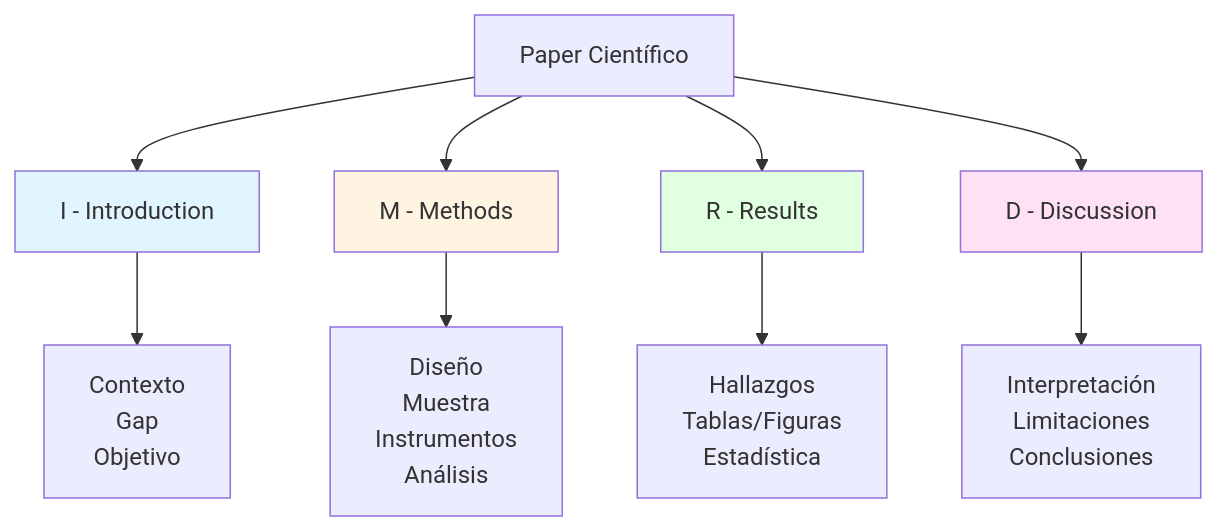
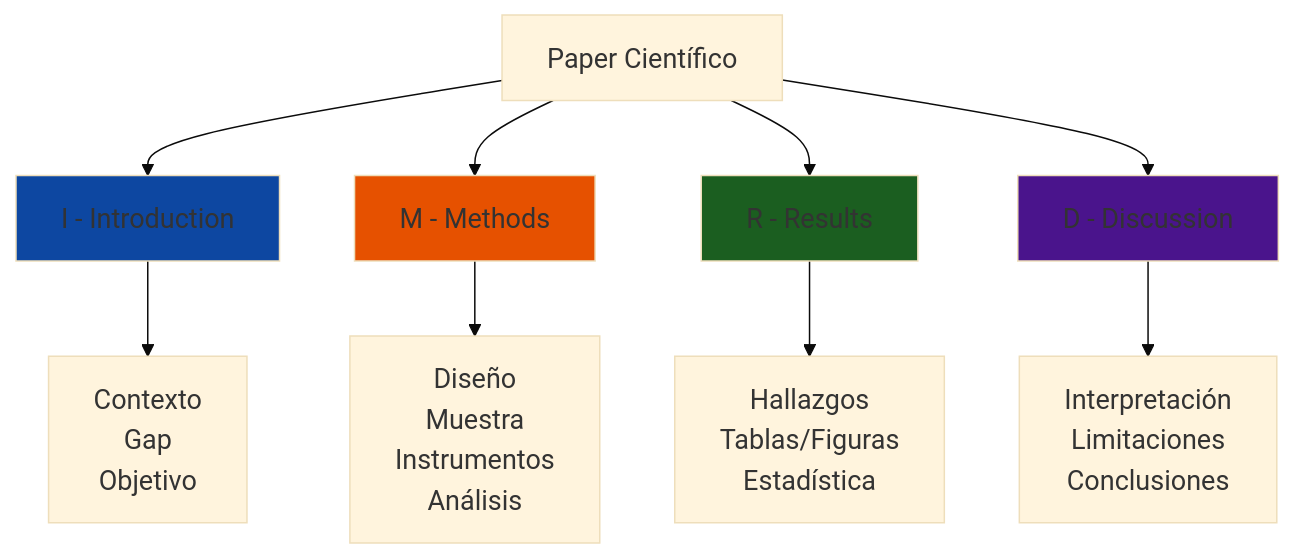
The first of 13 diagrams in courses/🟡-development/FPUNA-2026/05-INVESTIGACION-ACADEMIA/04-redaccion-academica.md (Ai-Whisperers/Courses-Content), drawn with Mermaid before and after one commit. The commit also changed other lines of this file and 47 other files, not shown here.

First line of the commit message:
fix: Make all 473 diagrams WCAG AAA accessible (FPUNA-2026)

````diff
--- a/courses/🟡-development/FPUNA-2026/05-INVESTIGACION-ACADEMIA/04-redaccion-academica.md
+++ b/courses/🟡-development/FPUNA-2026/05-INVESTIGACION-ACADEMIA/04-redaccion-academica.md
@@ -37,17 +37,18 @@
 ```mermaid
+%%{init: {'theme':'base', 'themeVariables': {'fontSize':'18px'}}}%%
 flowchart TD
     A[Paper Científico] --> B[I - Introduction]
     A --> C[M - Methods]
     A --> D[R - Results]
     A --> E[D - Discussion]
     
     B --> B1[Contexto<br/>Gap<br/>Objetivo]
     C --> C1[Diseño<br/>Muestra<br/>Instrumentos<br/>Análisis]
     D --> D1[Hallazgos<br/>Tablas/Figuras<br/>Estadística]
     E --> E1[Interpretación<br/>Limitaciones<br/>Conclusiones]
     
-    style B fill:#E1F5FF
-    style C fill:#FFF4E1
-    style D fill:#E1FFE1
-    style E fill:#FFE1F5
+    style B fill:#0d47a1
+    style C fill:#e65100
+    style D fill:#1b5e20
+    style E fill:#4a148c
 ```
````
